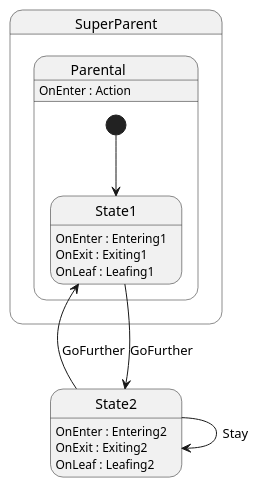
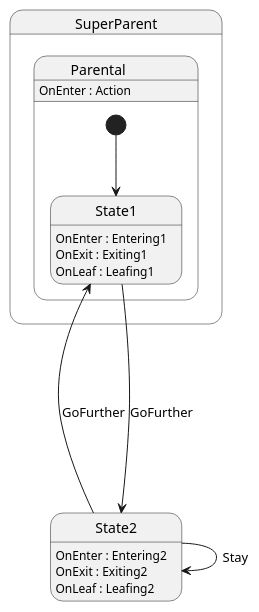
The diagram in fsmExamples/puml/exampleFSM.puml (pawelwojtowicz/fsmEngine), drawn with PlantUML before and after one commit. The commit also changed 6 other files, not shown here.

```diff
--- a/fsmExamples/puml/exampleFSM.puml
+++ b/fsmExamples/puml/exampleFSM.puml
@@ -1,21 +1,21 @@
 @startuml
 state SuperParent {
 Parental: OnEnter : Action
 }
 
 
 state Parental {
 [*] --> State1
 }
-State1 --> State2 : GoFurther
+State1 ----> State2 : GoFurther
 State2 -> State2 : Stay
 
 State2 -> State1 : GoFurther
 
 State1 : OnEnter : Entering1
 State1 : OnExit : Exiting1
 State1 : OnLeaf : Leafing1
 State2 : OnEnter : Entering2
 State2 : OnExit : Exiting2
 State2 : OnLeaf : Leafing2
 @enduml
```
